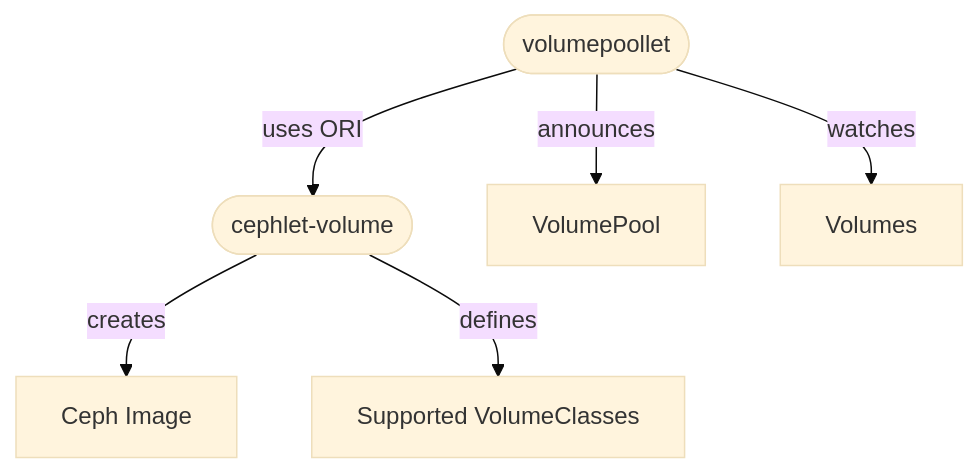
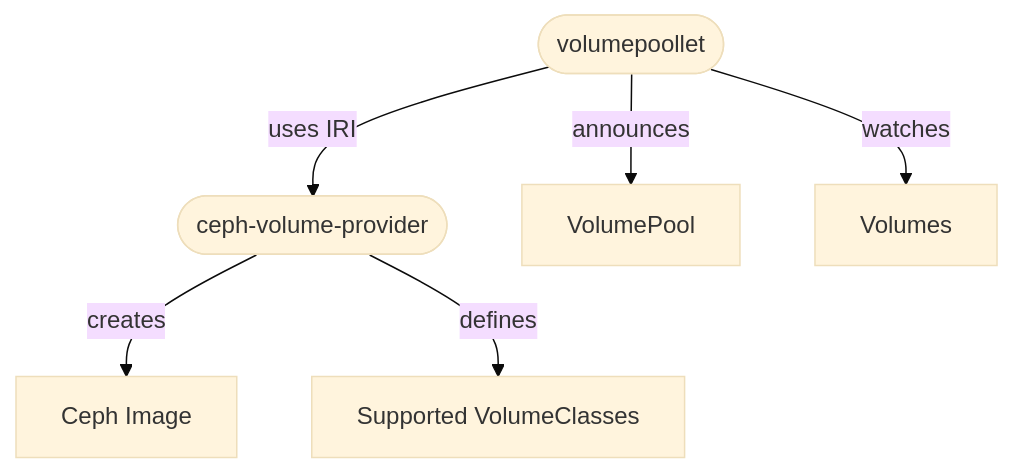
The first of 2 diagrams in docs/architecture/README.md (ironcore-dev/ceph-provider), drawn with Mermaid (base theme) before and after one commit. The commit also changed other lines of this file and 168 other files, not shown here.

````diff
--- a/docs/architecture/README.md
+++ b/docs/architecture/README.md
@@ -18,13 +18,13 @@
 ```mermaid
 graph TD
-    C([cephlet-volume])
+    C([ceph-volume-provider])
     P([volumepoollet])
     
     P -- announces --> VP[VolumePool]
     P -- watches --> V[Volumes]
     
-    P -- uses ORI --> C
+    P -- uses IRI --> C
     
     C -- creates --> I[Ceph Image]
     C -- defines --> VC[Supported VolumeClasses]
 ```
````
